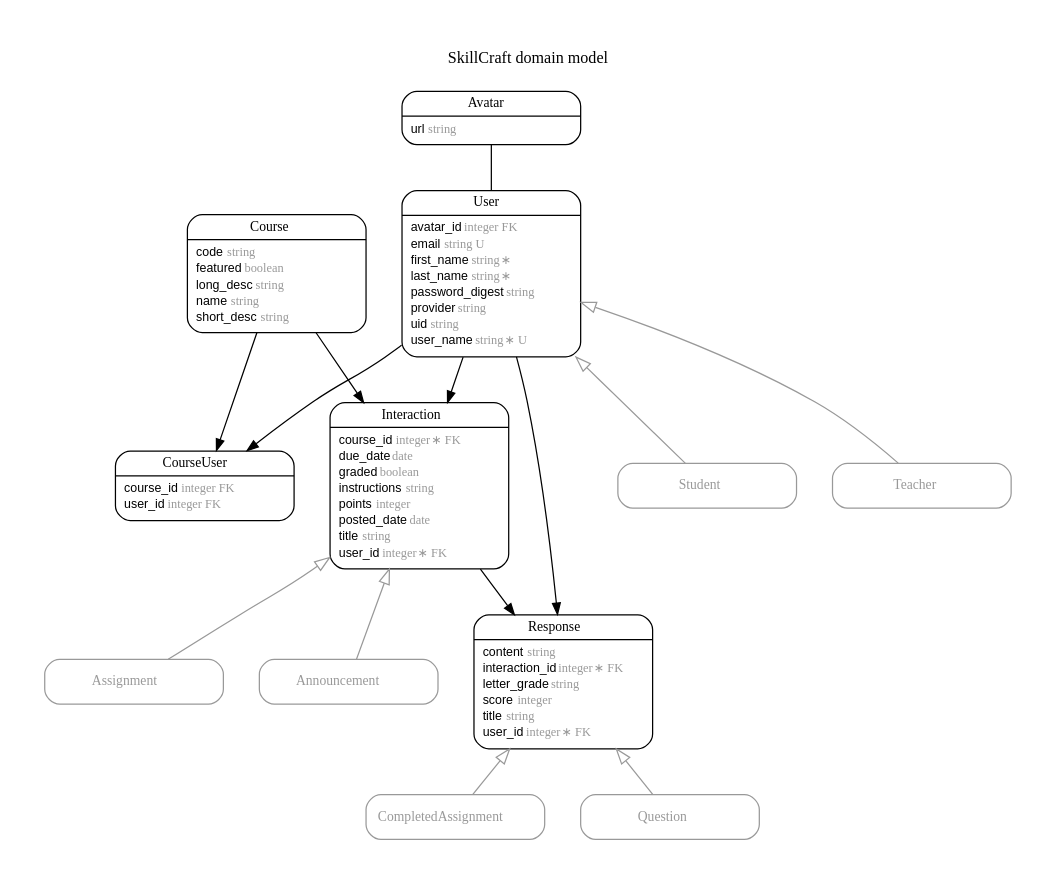
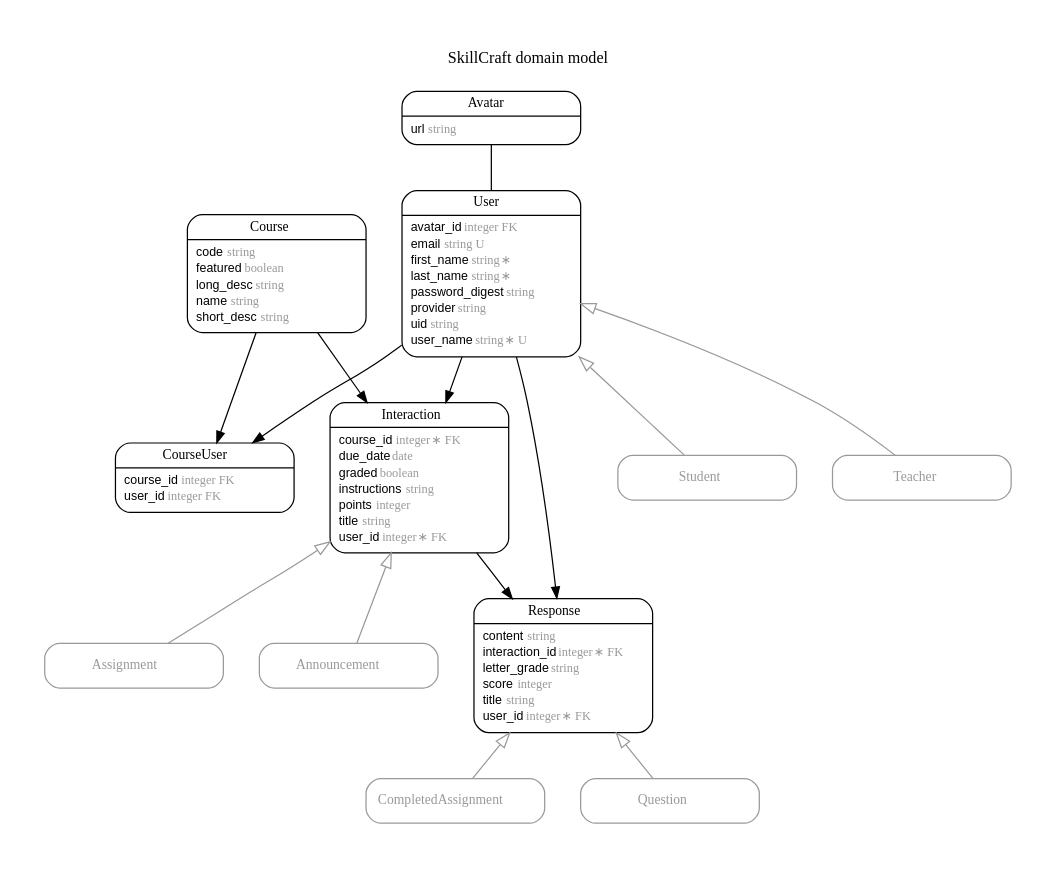
One commit to FergusDevelopmentLLC/skillcraft changed the diagram in erd.dot. Above: the diagram before and after it, drawn with Graphviz. The commit also changed 9 other files, not shown here.

Commit message:
remove posted date from interaction

```diff
--- a/erd.dot
+++ b/erd.dot
@@ -1,125 +1,124 @@
 digraph SkillCraft {
 rankdir = "LR";
 ranksep = "0.5";
 nodesep = "0.4";
 pad = "0.4,0.4";
 margin = "0,0";
 concentrate = "true";
 labelloc = "t";
 fontsize = "13";
 fontname = "Arial Bold";
 splines = "spline";
 node[ shape  =  "Mrecord" , fontsize  =  "10" , fontname  =  "Arial" , margin  =  "0.07,0.05" , penwidth  =  "1.0"];
 edge[ fontname  =  "Arial" , fontsize  =  "7" , dir  =  "both" , arrowsize  =  "0.9" , penwidth  =  "1.0" , labelangle  =  "32" , labeldistance  =  "1.8"];
 rankdir = "TB";
 label = "SkillCraft domain model\n\n";
 m_Announcement [color = "grey60", fontcolor = "grey60", label = <{<table border="0" align="center" cellspacing="0.5" cellpadding="0" width="134">
   <tr><td align="center" valign="bottom" width="130"><font face="Arial Bold" point-size="11">Announcement</font></td></tr>
 </table>
 }>];
 m_Assignment [color = "grey60", fontcolor = "grey60", label = <{<table border="0" align="center" cellspacing="0.5" cellpadding="0" width="134">
   <tr><td align="center" valign="bottom" width="130"><font face="Arial Bold" point-size="11">Assignment</font></td></tr>
 </table>
 }>];
 m_Avatar [label = <{<table border="0" align="center" cellspacing="0.5" cellpadding="0" width="134">
   <tr><td align="center" valign="bottom" width="130"><font face="Arial Bold" point-size="11">Avatar</font></td></tr>
 </table>
 |
 <table border="0" align="left" cellspacing="2" cellpadding="0" width="134">
   <tr><td align="left" width="130" port="url">url <font face="Arial Italic" color="grey60">string</font></td></tr>
 </table>
 }>];
 m_CompletedAssignment [color = "grey60", fontcolor = "grey60", label = <{<table border="0" align="center" cellspacing="0.5" cellpadding="0" width="134">
   <tr><td align="center" valign="bottom" width="130"><font face="Arial Bold" point-size="11">CompletedAssignment</font></td></tr>
 </table>
 }>];
 m_Course [label = <{<table border="0" align="center" cellspacing="0.5" cellpadding="0" width="134">
   <tr><td align="center" valign="bottom" width="130"><font face="Arial Bold" point-size="11">Course</font></td></tr>
 </table>
 |
 <table border="0" align="left" cellspacing="2" cellpadding="0" width="134">
   <tr><td align="left" width="130" port="code">code <font face="Arial Italic" color="grey60">string</font></td></tr>
   <tr><td align="left" width="130" port="featured">featured <font face="Arial Italic" color="grey60">boolean</font></td></tr>
   <tr><td align="left" width="130" port="long_desc">long_desc <font face="Arial Italic" color="grey60">string</font></td></tr>
   <tr><td align="left" width="130" port="name">name <font face="Arial Italic" color="grey60">string</font></td></tr>
   <tr><td align="left" width="130" port="short_desc">short_desc <font face="Arial Italic" color="grey60">string</font></td></tr>
 </table>
 }>];
 m_CourseUser [label = <{<table border="0" align="center" cellspacing="0.5" cellpadding="0" width="134">
   <tr><td align="center" valign="bottom" width="130"><font face="Arial Bold" point-size="11">CourseUser</font></td></tr>
 </table>
 |
 <table border="0" align="left" cellspacing="2" cellpadding="0" width="134">
   <tr><td align="left" width="130" port="course_id">course_id <font face="Arial Italic" color="grey60">integer FK</font></td></tr>
   <tr><td align="left" width="130" port="user_id">user_id <font face="Arial Italic" color="grey60">integer FK</font></td></tr>
 </table>
 }>];
 m_Interaction [label = <{<table border="0" align="center" cellspacing="0.5" cellpadding="0" width="134">
   <tr><td align="center" valign="bottom" width="130"><font face="Arial Bold" point-size="11">Interaction</font></td></tr>
 </table>
 |
 <table border="0" align="left" cellspacing="2" cellpadding="0" width="134">
   <tr><td align="left" width="130" port="course_id">course_id <font face="Arial Italic" color="grey60">integer ∗ FK</font></td></tr>
   <tr><td align="left" width="130" port="due_date">due_date <font face="Arial Italic" color="grey60">date</font></td></tr>
   <tr><td align="left" width="130" port="graded">graded <font face="Arial Italic" color="grey60">boolean</font></td></tr>
   <tr><td align="left" width="130" port="instructions">instructions <font face="Arial Italic" color="grey60">string</font></td></tr>
   <tr><td align="left" width="130" port="points">points <font face="Arial Italic" color="grey60">integer</font></td></tr>
-  <tr><td align="left" width="130" port="posted_date">posted_date <font face="Arial Italic" color="grey60">date</font></td></tr>
   <tr><td align="left" width="130" port="title">title <font face="Arial Italic" color="grey60">string</font></td></tr>
   <tr><td align="left" width="130" port="user_id">user_id <font face="Arial Italic" color="grey60">integer ∗ FK</font></td></tr>
 </table>
 }>];
 m_Question [color = "grey60", fontcolor = "grey60", label = <{<table border="0" align="center" cellspacing="0.5" cellpadding="0" width="134">
   <tr><td align="center" valign="bottom" width="130"><font face="Arial Bold" point-size="11">Question</font></td></tr>
 </table>
 }>];
 m_Response [label = <{<table border="0" align="center" cellspacing="0.5" cellpadding="0" width="134">
   <tr><td align="center" valign="bottom" width="130"><font face="Arial Bold" point-size="11">Response</font></td></tr>
 </table>
 |
 <table border="0" align="left" cellspacing="2" cellpadding="0" width="134">
   <tr><td align="left" width="130" port="content">content <font face="Arial Italic" color="grey60">string</font></td></tr>
   <tr><td align="left" width="130" port="interaction_id">interaction_id <font face="Arial Italic" color="grey60">integer ∗ FK</font></td></tr>
   <tr><td align="left" width="130" port="letter_grade">letter_grade <font face="Arial Italic" color="grey60">string</font></td></tr>
   <tr><td align="left" width="130" port="score">score <font face="Arial Italic" color="grey60">integer</font></td></tr>
   <tr><td align="left" width="130" port="title">title <font face="Arial Italic" color="grey60">string</font></td></tr>
   <tr><td align="left" width="130" port="user_id">user_id <font face="Arial Italic" color="grey60">integer ∗ FK</font></td></tr>
 </table>
 }>];
 m_Student [color = "grey60", fontcolor = "grey60", label = <{<table border="0" align="center" cellspacing="0.5" cellpadding="0" width="134">
   <tr><td align="center" valign="bottom" width="130"><font face="Arial Bold" point-size="11">Student</font></td></tr>
 </table>
 }>];
 m_Teacher [color = "grey60", fontcolor = "grey60", label = <{<table border="0" align="center" cellspacing="0.5" cellpadding="0" width="134">
   <tr><td align="center" valign="bottom" width="130"><font face="Arial Bold" point-size="11">Teacher</font></td></tr>
 </table>
 }>];
 m_User [label = <{<table border="0" align="center" cellspacing="0.5" cellpadding="0" width="134">
   <tr><td align="center" valign="bottom" width="130"><font face="Arial Bold" point-size="11">User</font></td></tr>
 </table>
 |
 <table border="0" align="left" cellspacing="2" cellpadding="0" width="134">
   <tr><td align="left" width="130" port="avatar_id">avatar_id <font face="Arial Italic" color="grey60">integer FK</font></td></tr>
   <tr><td align="left" width="130" port="email">email <font face="Arial Italic" color="grey60">string U</font></td></tr>
   <tr><td align="left" width="130" port="first_name">first_name <font face="Arial Italic" color="grey60">string ∗</font></td></tr>
   <tr><td align="left" width="130" port="last_name">last_name <font face="Arial Italic" color="grey60">string ∗</font></td></tr>
   <tr><td align="left" width="130" port="password_digest">password_digest <font face="Arial Italic" color="grey60">string</font></td></tr>
   <tr><td align="left" width="130" port="provider">provider <font face="Arial Italic" color="grey60">string</font></td></tr>
   <tr><td align="left" width="130" port="uid">uid <font face="Arial Italic" color="grey60">string</font></td></tr>
   <tr><td align="left" width="130" port="user_name">user_name <font face="Arial Italic" color="grey60">string ∗ U</font></td></tr>
 </table>
 }>];
   m_Interaction -> m_Announcement [color = "grey60", arrowtail = "onormal", arrowhead = "none", arrowsize = "1.2"];
   m_Interaction -> m_Assignment [color = "grey60", arrowtail = "onormal", arrowhead = "none", arrowsize = "1.2"];
   m_Response -> m_CompletedAssignment [color = "grey60", arrowtail = "onormal", arrowhead = "none", arrowsize = "1.2"];
   m_Response -> m_Question [color = "grey60", arrowtail = "onormal", arrowhead = "none", arrowsize = "1.2"];
   m_User -> m_Student [color = "grey60", arrowtail = "onormal", arrowhead = "none", arrowsize = "1.2"];
   m_User -> m_Teacher [color = "grey60", arrowtail = "onormal", arrowhead = "none", arrowsize = "1.2"];
   m_User -> m_Response [arrowhead = "normal", arrowtail = "none", weight = "6"];
   m_User -> m_Interaction [arrowhead = "normal", arrowtail = "none", weight = "6"];
   m_User -> m_CourseUser [arrowhead = "normal", arrowtail = "none", weight = "4"];
   m_Avatar -> m_User [arrowhead = "none", arrowtail = "none", weight = "4"];
   m_Course -> m_Interaction [arrowhead = "normal", arrowtail = "none", weight = "4"];
   m_Interaction -> m_Response [arrowhead = "normal", arrowtail = "none", weight = "6"];
   m_Course -> m_CourseUser [arrowhead = "normal", arrowtail = "none", weight = "2"];
 }
```
